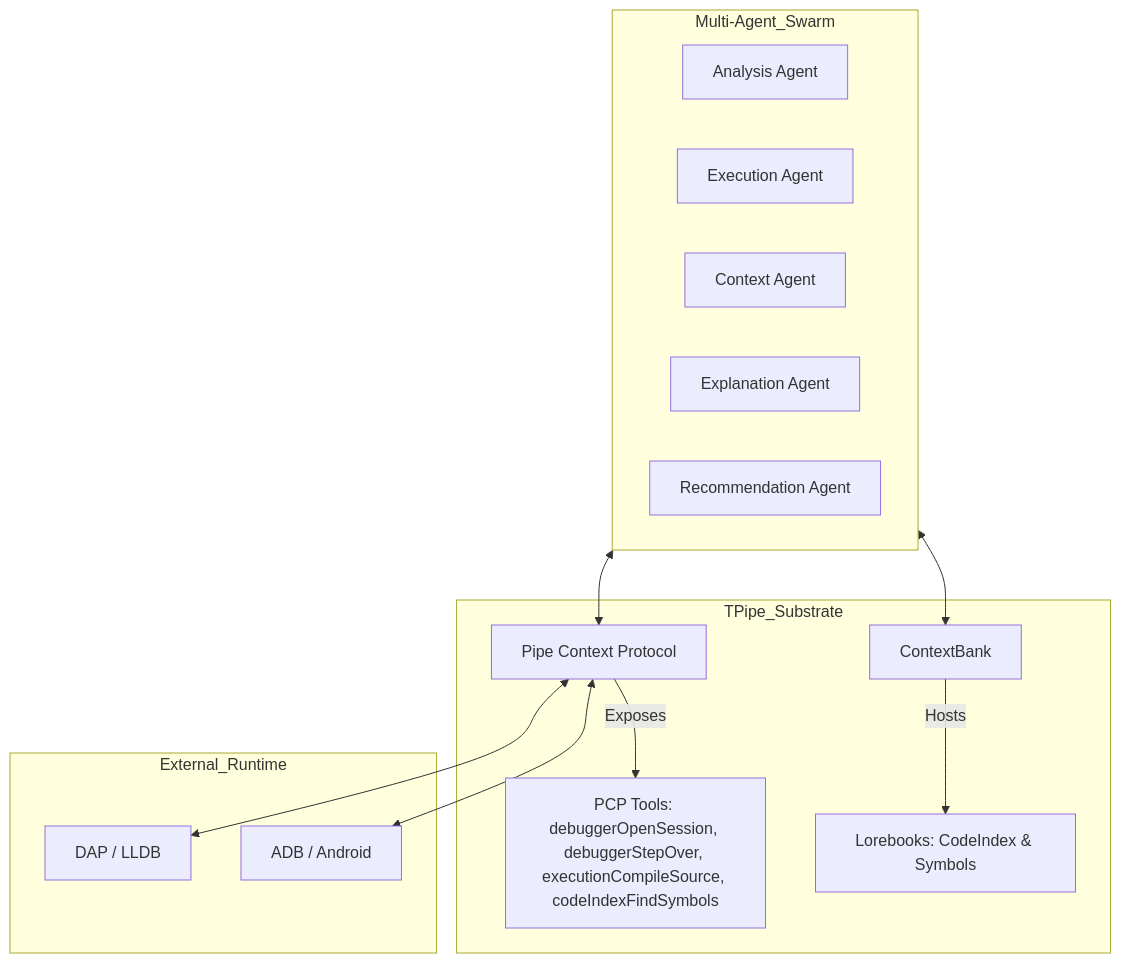
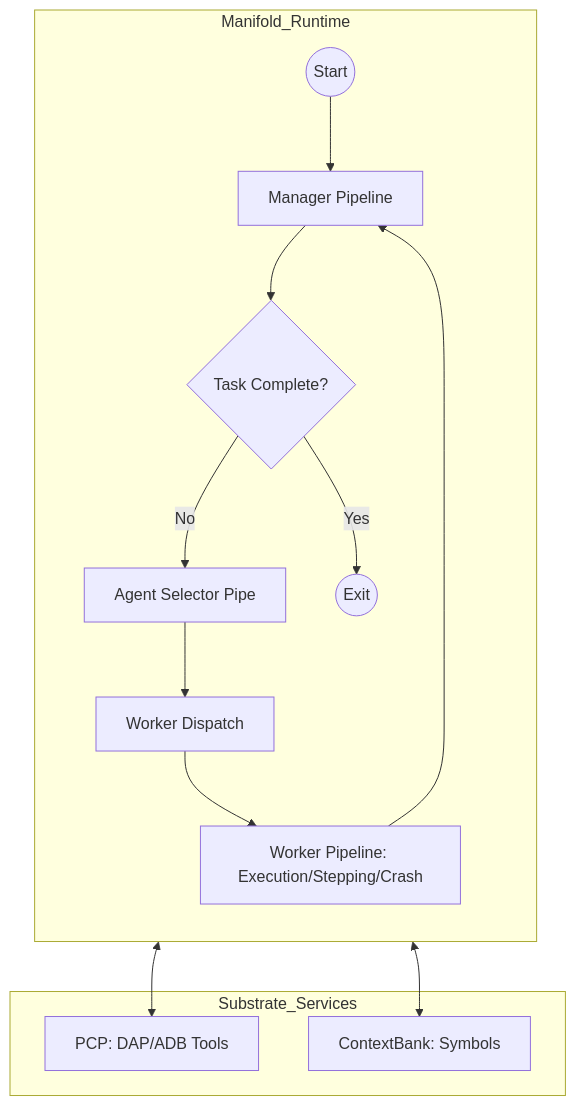
The first of 3 diagrams in docs/case-studies/headless-use-cases.md (Ten-Trillion-Triangles/TPipe), drawn with Mermaid before and after one commit. The commit also changed other lines of this file, not shown here.

````diff
--- a/docs/case-studies/headless-use-cases.md
+++ b/docs/case-studies/headless-use-cases.md
@@ -24,29 +24,21 @@
 ```mermaid
 graph TD
-    subgraph Multi-Agent_Swarm
-        Analysis[Analysis Agent]
-        Execution[Execution Agent]
-        Context[Context Agent]
-        Explanation[Explanation Agent]
-        Recommendation[Recommendation Agent]
+    subgraph Manifold_Runtime
+        direction TB
+        M_Start((Start)) --> Manager[Manager Pipeline]
+        Manager --> Completion{Task Complete?}
+        Completion -- No --> Selector[Agent Selector Pipe]
+        Selector --> Dispatch[Worker Dispatch]
+        Dispatch --> Worker[Worker Pipeline: Execution/Stepping/Crash]
+        Worker --> Manager
+        Completion -- Yes --> M_End((Exit))
     end
 
-    subgraph TPipe_Substrate
-        PCP[Pipe Context Protocol]
-        CB[ContextBank]
-        
-        PCP -->|Exposes| Tools[PCP Tools: debuggerOpenSession, debuggerStepOver, executionCompileSource, codeIndexFindSymbols]
-        CB -->|Hosts| Lorebooks[Lorebooks: CodeIndex & Symbols]
+    subgraph Substrate_Services
+        PCP[PCP: DAP/ADB Tools]
+        CB[ContextBank: Symbols]
     end
 
-    subgraph External_Runtime
-        DAP[DAP / LLDB]
-        ADB[ADB / Android]
-    end
-
-    Multi-Agent_Swarm <--> PCP
-    Multi-Agent_Swarm <--> CB
-    
-    PCP <--> DAP
-    PCP <--> ADB
+    Worker <--> PCP
+    Worker <--> CB
 ```
````
